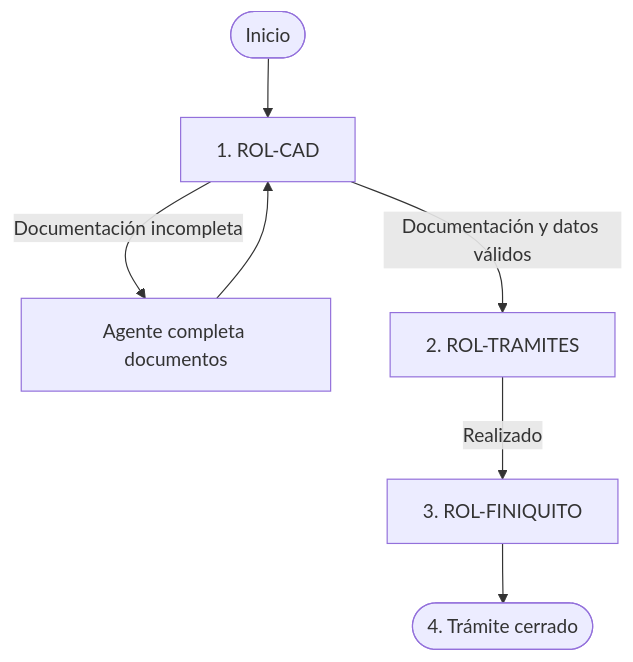
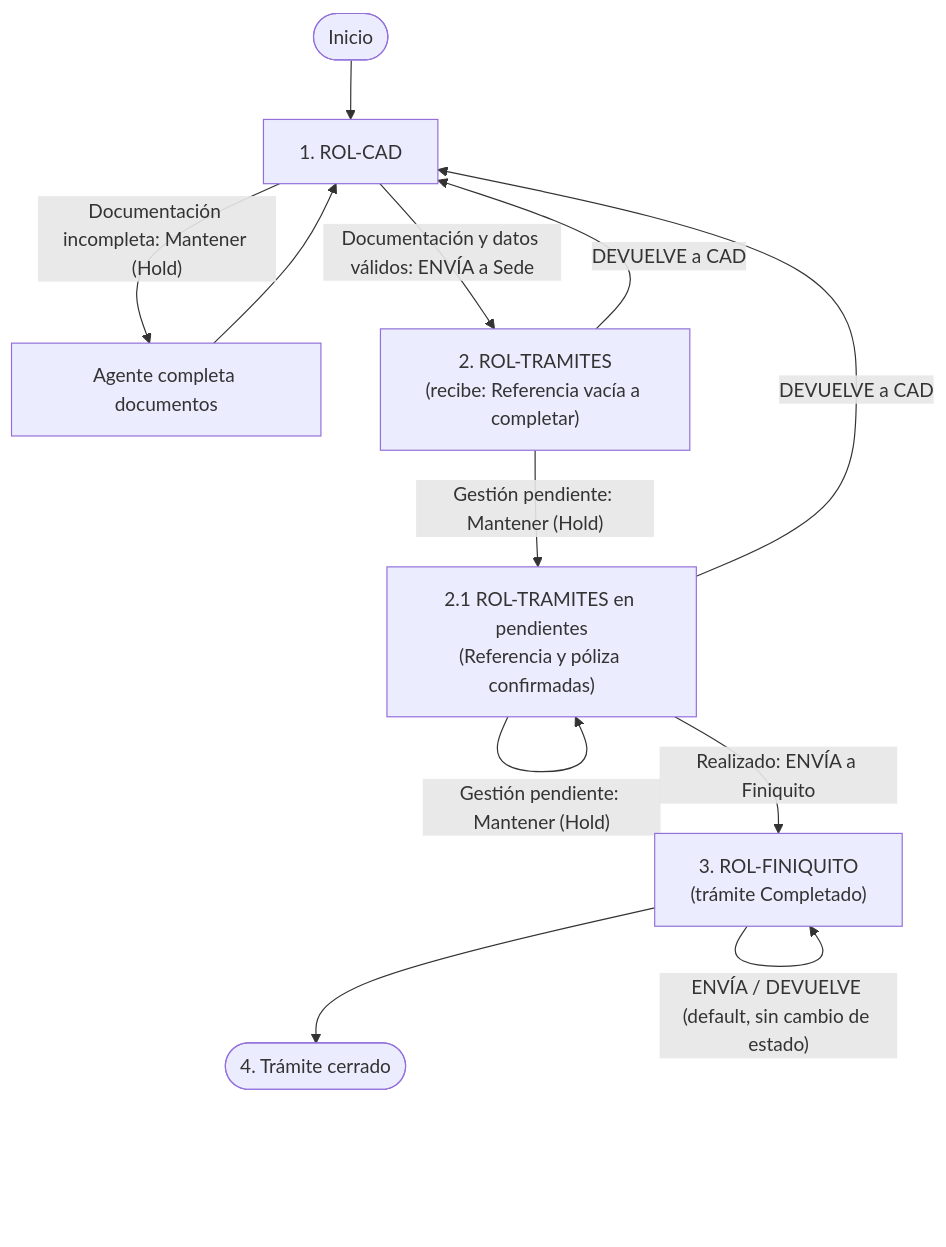
One commit to LuisPignataro/Tramites-Docs changed the diagram in docs/tramites/generico_en_sede.md. Above: the diagram before and after it, drawn with Mermaid. The commit also changed other lines of this file, not shown here.

Commit message:
versión corregida de generico en Sede

````diff
--- a/docs/tramites/generico_en_sede.md
+++ b/docs/tramites/generico_en_sede.md
@@ -56,9 +56,22 @@
 ```mermaid
 flowchart TD
   INICIO(["Inicio"]) --> CAD["1. ROL-CAD"]
-  CAD -->|"Documentación incompleta"| AGENTE["Agente completa documentos"]
+
+  %% 1. ROL-CAD (Cad): Hold / Send::Sede
+  CAD -->|"Documentación incompleta: Mantener (Hold)"| AGENTE["Agente completa documentos"]
   AGENTE --> CAD
-  CAD -->|"Documentación y datos válidos"| TRAMITES["2. ROL-TRAMITES"]
-  TRAMITES -->|"Realizado"| FINIQUITO["3. ROL-FINIQUITO"]
+  CAD -->|"Documentación y datos válidos: ENVÍA a Sede"| TRAMITES["2. ROL-TRAMITES<br/>(recibe: Referencia vacía a completar)"]
+
+  %% 2. ROL-TRAMITES (Sede): al llegar desde CAD solo puede Mantener o Devolver a CAD
+  TRAMITES -->|"Gestión pendiente: Mantener (Hold)"| TRAMITES_PEND["2.1 ROL-TRAMITES en pendientes<br/>(Referencia y póliza confirmadas)"]
+  TRAMITES -->|"DEVUELVE a CAD"| CAD
+
+  %% 2.1 ROL-TRAMITES en pendientes: puede Finiquitar, Mantener o Devolver a CAD
+  TRAMITES_PEND -->|"Gestión pendiente: Mantener (Hold)"| TRAMITES_PEND
+  TRAMITES_PEND -->|"DEVUELVE a CAD"| CAD
+  TRAMITES_PEND -->|"Realizado: ENVÍA a Finiquito"| FINIQUITO["3. ROL-FINIQUITO<br/>(trámite Completado)"]
+
+  %% 3. ROL-FINIQUITO: acciones técnicas por default sin cambio de estado
+  FINIQUITO -->|"ENVÍA / DEVUELVE (default, sin cambio de estado)"| FINIQUITO
   FINIQUITO --> CIERRE(["4. Trámite cerrado"])
 ```
````
